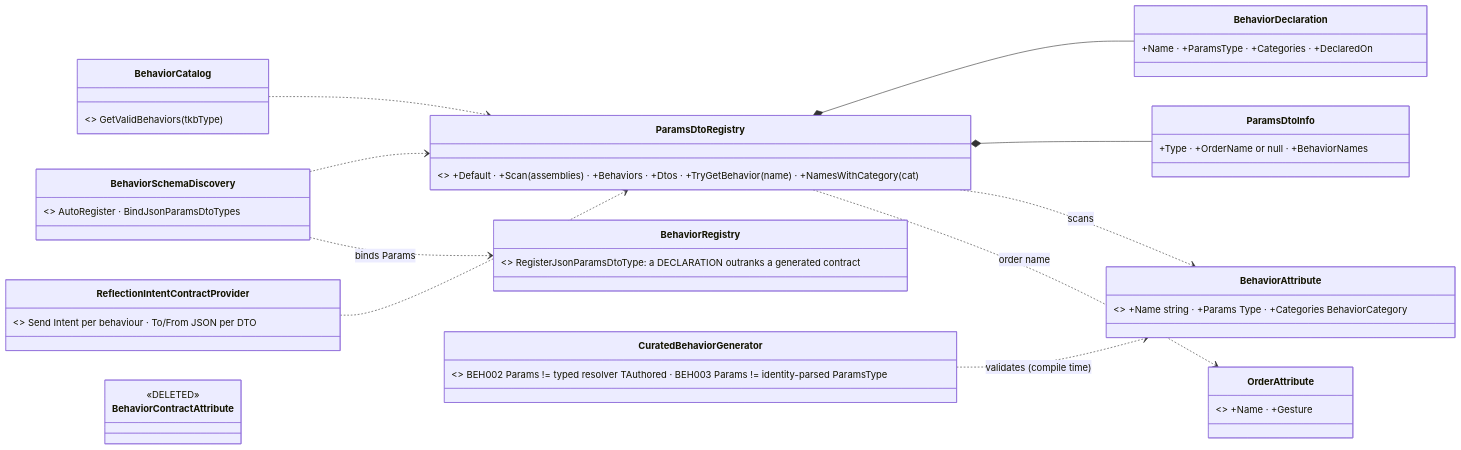
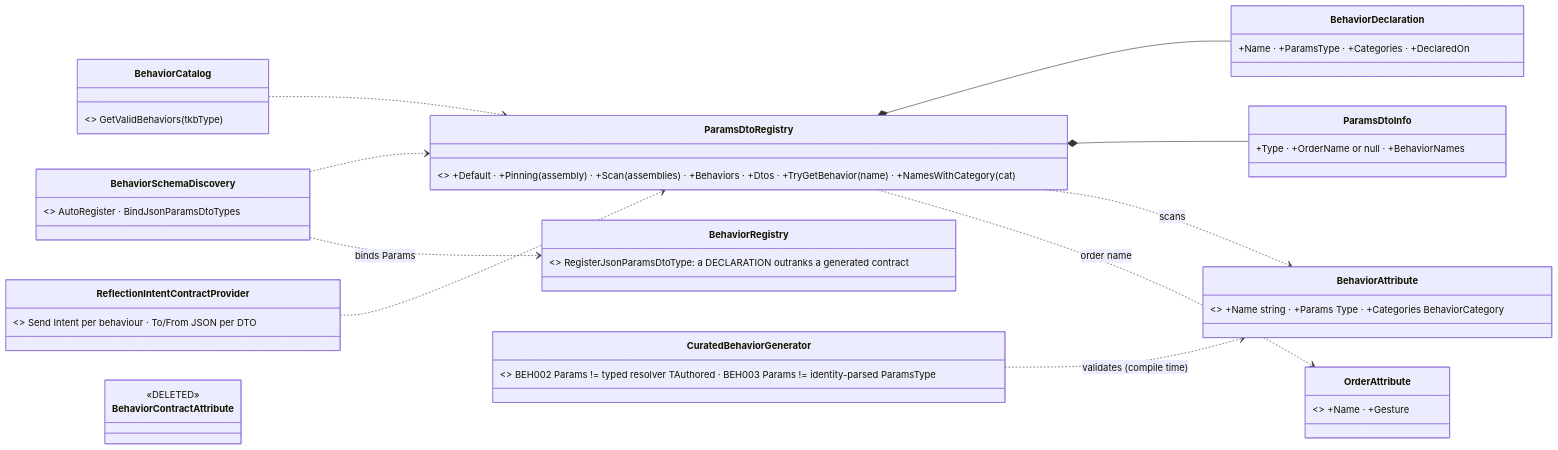
Before and after one commit to pjanec/HROT: the sixth of 16 diagrams in docs/DESIGN_Orders_Params_Entity_Classes.md, drawn with Mermaid. The commit also changed other lines of this file and 4 other files, not shown here.

````diff
--- a/docs/DESIGN_Orders_Params_Entity_Classes.md
+++ b/docs/DESIGN_Orders_Params_Entity_Classes.md
@@ -262,24 +262,24 @@
 ```mermaid
 classDiagram
   direction LR
   class BehaviorAttribute { <<NEW Hrot.Core>> +Name string · +Params Type · +Categories BehaviorCategory }
-  class ParamsDtoRegistry { <<NEW Hrot.Core>> +Default · +Scan(assemblies) · +Behaviors · +Dtos · +TryGetBehavior(name) · +NamesWithCategory(cat) }
+  class ParamsDtoRegistry { <<NEW Hrot.Core>> +Default · +Pinning(assembly) · +Scan(assemblies) · +Behaviors · +Dtos · +TryGetBehavior(name) · +NamesWithCategory(cat) }
   class BehaviorDeclaration { +Name · +ParamsType · +Categories · +DeclaredOn }
   class ParamsDtoInfo { +Type · +OrderName or null · +BehaviorNames }
   class OrderAttribute { <<existing CE-2140>> +Name · +Gesture }
   class BehaviorSchemaDiscovery { <<existing Presentation>> AutoRegister · BindJsonParamsDtoTypes }
   class BehaviorCatalog { <<existing Hrot.Core>> GetValidBehaviors(tkbType) }
   class ReflectionIntentContractProvider { <<existing Blueprints.Editor>> Send Intent per behaviour · To/From JSON per DTO }
   class BehaviorRegistry { <<existing Fdp.Toolkits>> RegisterJsonParamsDtoType: a DECLARATION outranks a generated contract }
   class CuratedBehaviorGenerator { <<existing analyzer>> BEH002 Params != typed resolver TAuthored · BEH003 Params != identity-parsed ParamsType }
   class BehaviorContractAttribute { <<DELETED>> }
   ParamsDtoRegistry *-- BehaviorDeclaration
   ParamsDtoRegistry *-- ParamsDtoInfo
   ParamsDtoRegistry ..> BehaviorAttribute : scans
   ParamsDtoRegistry ..> OrderAttribute : order name
   BehaviorSchemaDiscovery ..> ParamsDtoRegistry
   BehaviorCatalog ..> ParamsDtoRegistry
   ReflectionIntentContractProvider ..> ParamsDtoRegistry
   BehaviorSchemaDiscovery ..> BehaviorRegistry : binds Params
   CuratedBehaviorGenerator ..> BehaviorAttribute : validates (compile time)
 ```
````
